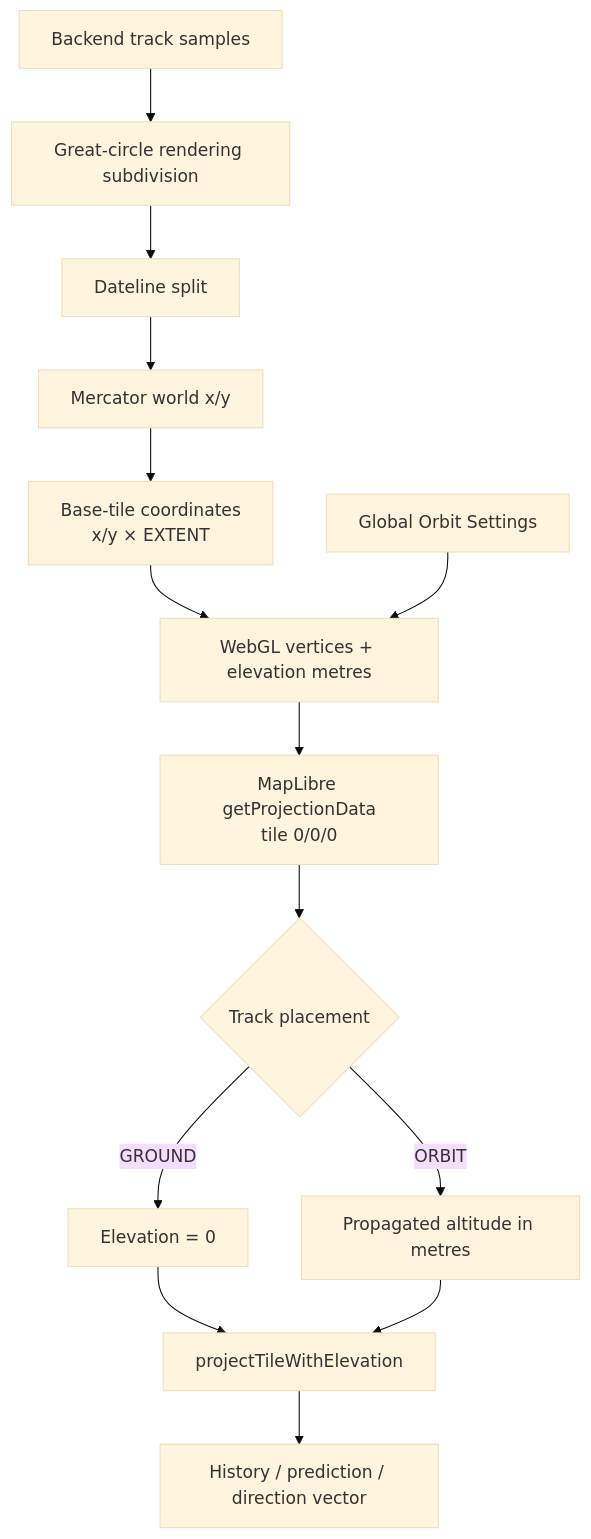
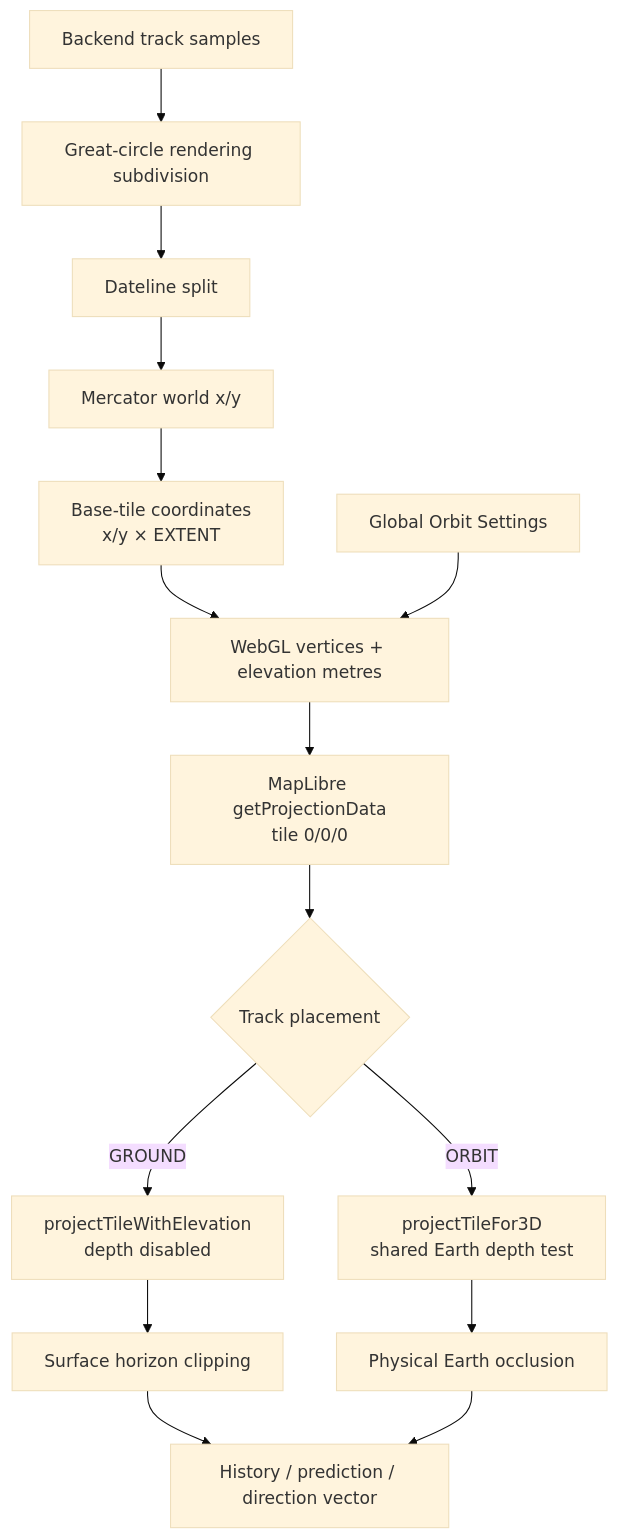
One commit to ExoSpaceLabs/world-sat-monitor changed the fourth of 10 diagrams in docs/architecture.md. Above: the diagram before and after it, drawn with Mermaid (base theme). The commit also changed other lines of this file, not shown here.

Commit message:
docs(world-sat-monitor): align architecture with 3d orbit occlusion

````diff
--- a/docs/architecture.md
+++ b/docs/architecture.md
@@ -53,16 +53,17 @@
 ```mermaid
 flowchart TD
     API[Backend track samples] --> SEG[Great-circle rendering subdivision]
     SEG --> SPLIT[Dateline split]
     SPLIT --> WORLD[Mercator world x/y]
     WORLD --> TILE[Base-tile coordinates\nx/y × EXTENT]
     TILE --> BUF[WebGL vertices + elevation metres]
     SETTINGS[Global Orbit Settings] --> BUF
     BUF --> PD[MapLibre getProjectionData\ntile 0/0/0]
     PD --> MODE{Track placement}
-    MODE -->|GROUND| ZERO[Elevation = 0]
-    MODE -->|ORBIT| ALT[Propagated altitude in metres]
-    ZERO --> PROJ[projectTileWithElevation]
-    ALT --> PROJ
-    PROJ --> VIEW[History / prediction / direction vector]
+    MODE -->|GROUND| SURFACE[projectTileWithElevation\ndepth disabled]
+    MODE -->|ORBIT| SPACE[projectTileFor3D\nshared Earth depth test]
+    SURFACE --> HORIZON[Surface horizon clipping]
+    SPACE --> OCCLUSION[Physical Earth occlusion]
+    HORIZON --> VIEW[History / prediction / direction vector]
+    OCCLUSION --> VIEW
 ```
````
